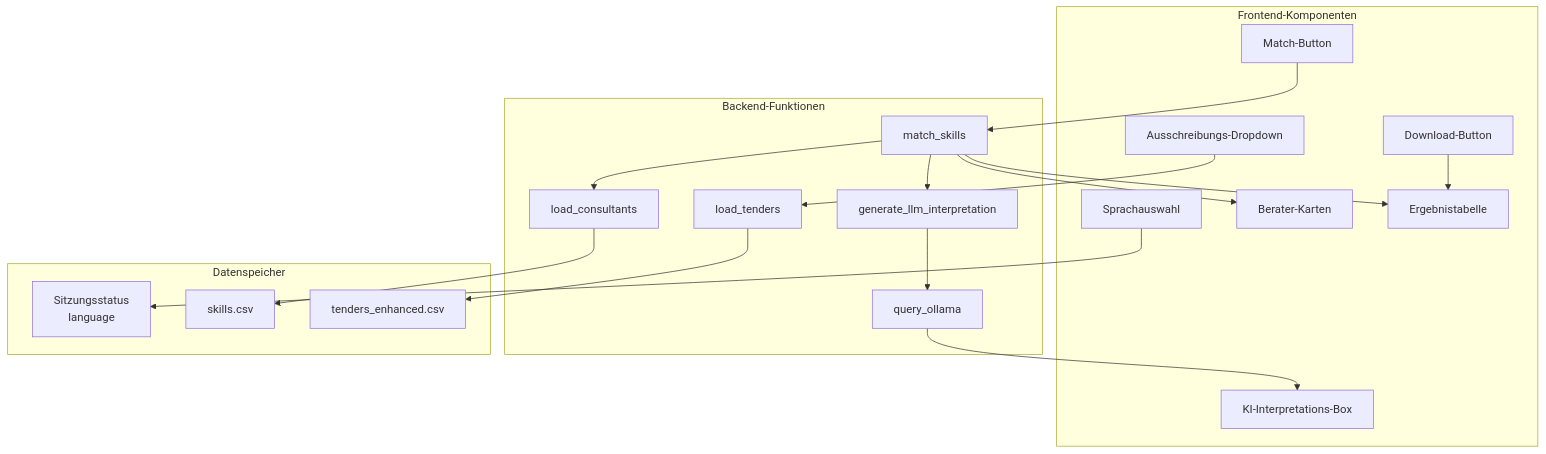
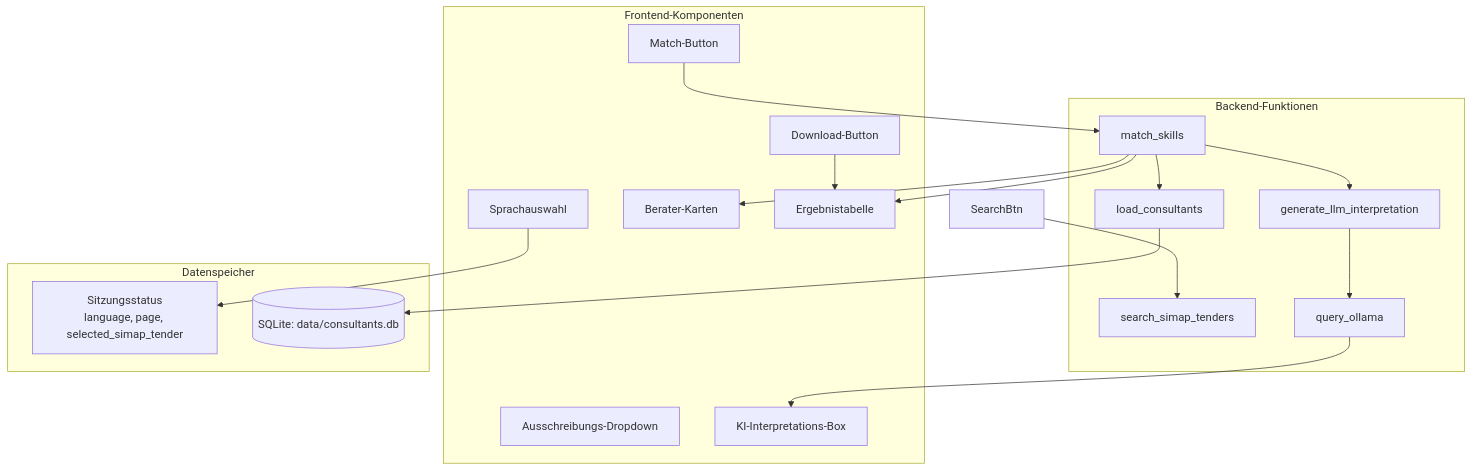
One commit to aicoreml/Skill-Matrix-Match-Simap-Tenders changed the seventh of 10 diagrams in FLOWCHART_DE.md. Above: the diagram before and after it, drawn with Mermaid. The commit also changed other lines of this file and 3 other files, not shown here.

````diff
--- a/FLOWCHART_DE.md
+++ b/FLOWCHART_DE.md
@@ -255,39 +255,37 @@
 ```mermaid
 graph TB
     subgraph "Frontend-Komponenten"
         UI[Sprachauswahl]
         DD[Ausschreibungs-Dropdown]
         MB[Match-Button]
         CC[Berater-Karten]
         RT[Ergebnistabelle]
         AI[KI-Interpretations-Box]
         DB[Download-Button]
     end
     
     subgraph "Backend-Funktionen"
         LC[load_consultants]
-        LT[load_tenders]
+        SF[search_simap_tenders]
         MS[match_skills]
         GLM[generate_llm_interpretation]
         QO[query_ollama]
     end
     
     subgraph "Datenspeicher"
-        SC[Sitzungsstatus<br/>language]
-        CSV1[skills.csv]
-        CSV2[tenders_enhanced.csv]
+        SC[Sitzungsstatus<br/>language, page, selected_simap_tender]
+        DB1[(SQLite: data/consultants.db)]
     end
     
     UI --> SC
-    DD --> LT
-    LT --> CSV2
+    SearchBtn --> SF
     MB --> MS
     MS --> LC
-    LC --> CSV1
+    LC --> DB1
     MS --> CC
     MS --> RT
     MS --> GLM
     GLM --> QO
     QO --> AI
     DB --> RT
 ```
````
